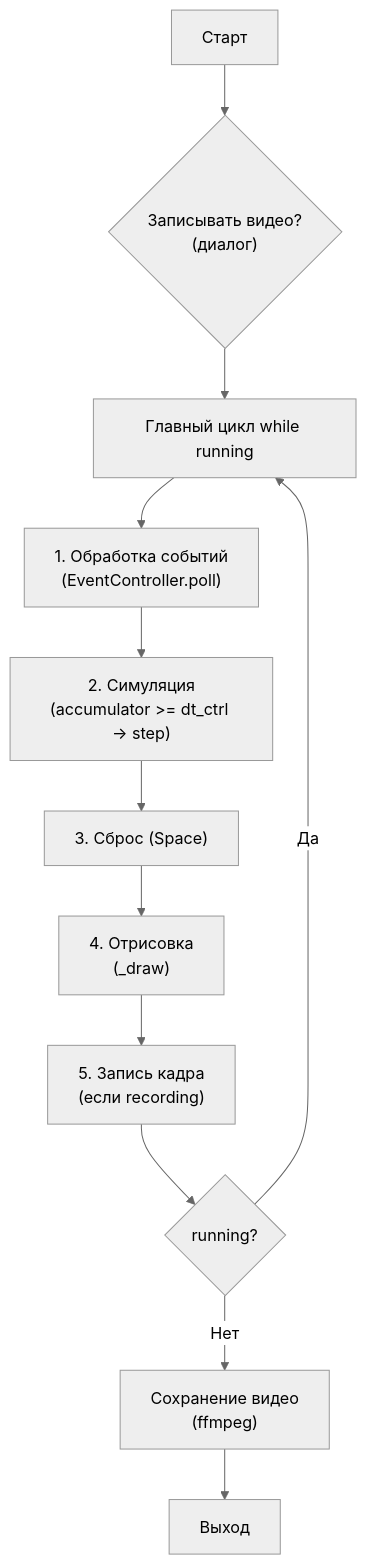
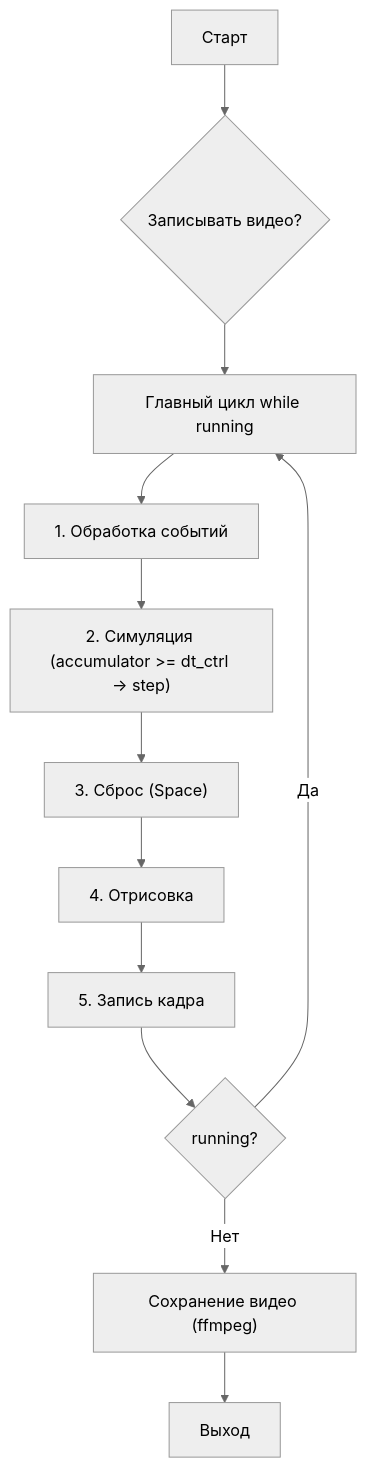
Before and after one commit to gshjis/RL_control: the sixth of 9 diagrams in docs/TECHNICAL_DOCUMENTATION.md, drawn with Mermaid (neutral theme). The commit also changed other lines of this file and 10 other files, not shown here.

````diff
--- a/docs/TECHNICAL_DOCUMENTATION.md
+++ b/docs/TECHNICAL_DOCUMENTATION.md
@@ -784,14 +511,14 @@
 ```mermaid
 flowchart TD
-    A["Старт"] --> B{"Записывать видео?<br/>(диалог)"}
+    A["Старт"] --> B{"Записывать видео?"}
     B --> C["Главный цикл while running"]
-    C --> D["1. Обработка событий<br/>(EventController.poll)"]
-    D --> E["2. Симуляция<br/>(accumulator >= dt_ctrl → step)"]
+    C --> D["1. Обработка событий"]
+    D --> E["2. Симуляция (accumulator >= dt_ctrl → step)"]
     E --> F["3. Сброс (Space)"]
-    F --> G["4. Отрисовка<br/>(_draw)"]
-    G --> H["5. Запись кадра<br/>(если recording)"]
+    F --> G["4. Отрисовка"]
+    G --> H["5. Запись кадра"]
     H --> I{"running?"}
     I -->|Да| C
-    I -->|Нет| J["Сохранение видео<br/>(ffmpeg)"]
+    I -->|Нет| J["Сохранение видео (ffmpeg)"]
     J --> K["Выход"]
 ```
````
